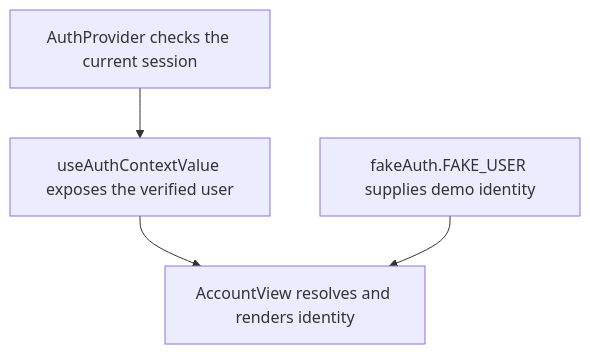
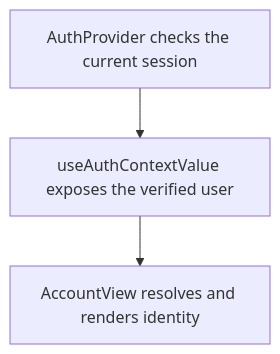
One commit to Kevinjohn/capacitylens changed the second of 2 diagrams in user-stories/account/US-ACCOUNT-01-identity.md. Above: the diagram before and after it, drawn with Mermaid. The commit also changed other lines of this file and 343 other files, not shown here.

````diff
--- a/user-stories/account/US-ACCOUNT-01-identity.md
+++ b/user-stories/account/US-ACCOUNT-01-identity.md
@@ -26,6 +26,5 @@
 ```mermaid
 flowchart TD
   auth["AuthProvider checks the current session"] --> context["useAuthContextValue exposes the verified user"]
   context --> view["AccountView resolves and renders identity"]
-  demo["fakeAuth.FAKE_USER supplies demo identity"] --> view
 ```
````
